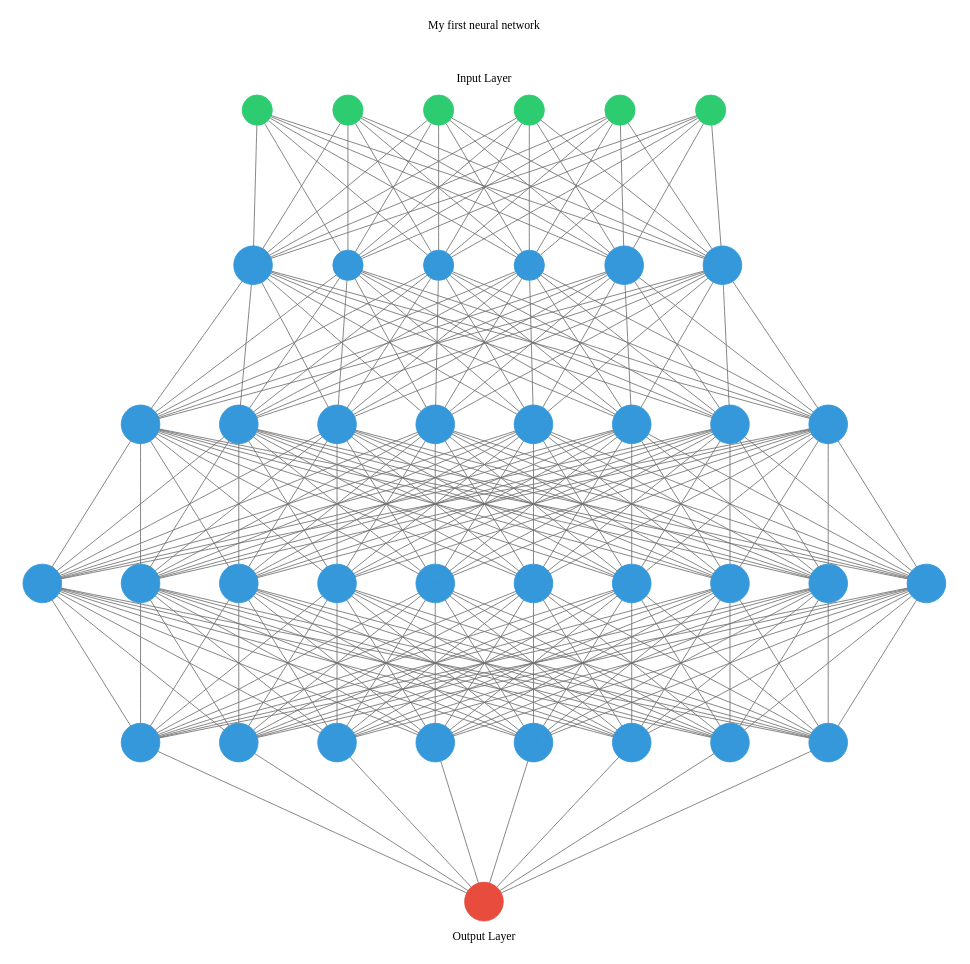
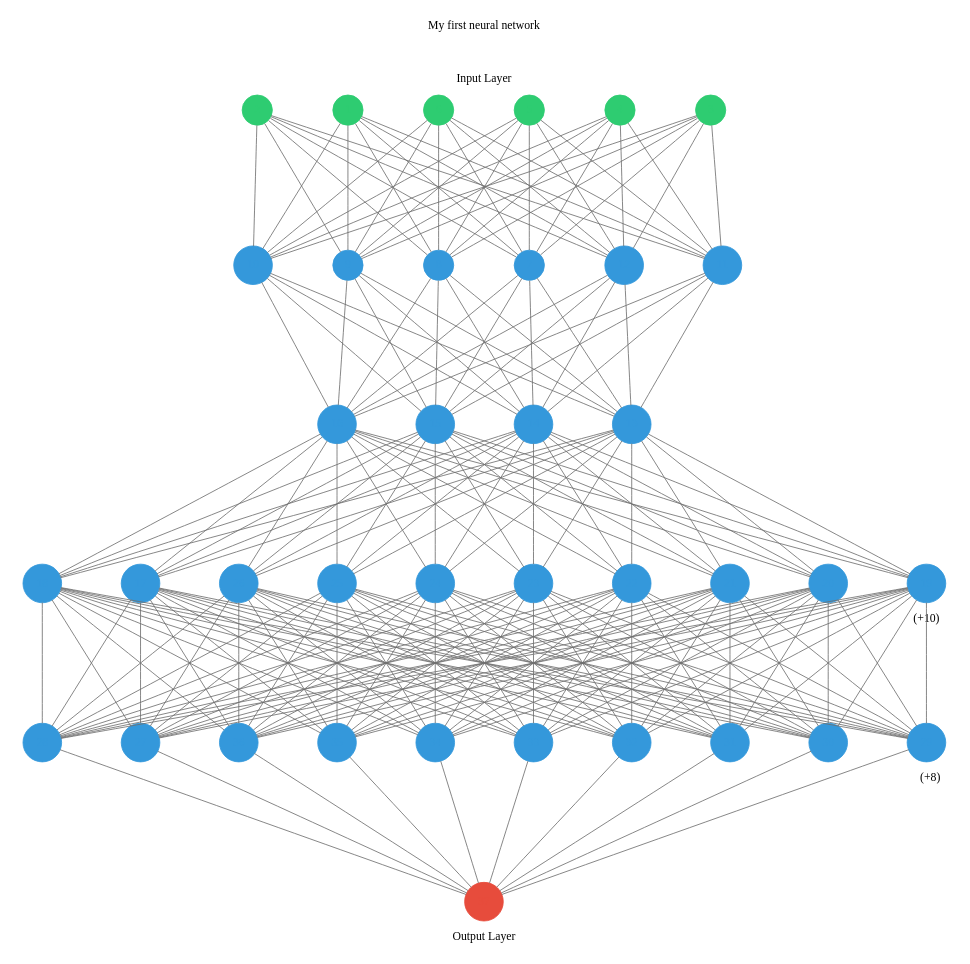
Before and after one commit to hecker1002/Smoke-Status-project: the diagram in network.gv, drawn with Graphviz. The commit also changed 3 other files, not shown here.

```diff
--- a/network.gv
+++ b/network.gv
@@ -118,30 +118,6 @@
 	10 -> 16
 	11 -> 16
 	12 -> 16
-	7 -> 17
-	8 -> 17
-	9 -> 17
-	10 -> 17
-	11 -> 17
-	12 -> 17
-	7 -> 18
-	8 -> 18
-	9 -> 18
-	10 -> 18
-	11 -> 18
-	12 -> 18
-	7 -> 19
-	8 -> 19
-	9 -> 19
-	10 -> 19
-	11 -> 19
-	12 -> 19
-	7 -> 20
-	8 -> 20
-	9 -> 20
-	10 -> 20
-	11 -> 20
-	12 -> 20
 	subgraph cluster_2 {
 		color=white
 		rank=same
@@ -150,213 +126,193 @@
 		14 [color="#3498db" fontcolor="#3498db" shape=circle style=filled]
 		15 [color="#3498db" fontcolor="#3498db" shape=circle style=filled]
 		16 [color="#3498db" fontcolor="#3498db" shape=circle style=filled]
+	}
+	13 -> 17
+	14 -> 17
+	15 -> 17
+	16 -> 17
+	13 -> 18
+	14 -> 18
+	15 -> 18
+	16 -> 18
+	13 -> 19
+	14 -> 19
+	15 -> 19
+	16 -> 19
+	13 -> 20
+	14 -> 20
+	15 -> 20
+	16 -> 20
+	13 -> 21
+	14 -> 21
+	15 -> 21
+	16 -> 21
+	13 -> 22
+	14 -> 22
+	15 -> 22
+	16 -> 22
+	13 -> 23
+	14 -> 23
+	15 -> 23
+	16 -> 23
+	13 -> 24
+	14 -> 24
+	15 -> 24
+	16 -> 24
+	13 -> 25
+	14 -> 25
+	15 -> 25
+	16 -> 25
+	13 -> 26
+	14 -> 26
+	15 -> 26
+	16 -> 26
+	subgraph cluster_3 {
+		color=white
+		rank=same
+		label=" (+10)" labeljust=right labelloc=b
 		17 [color="#3498db" fontcolor="#3498db" shape=circle style=filled]
 		18 [color="#3498db" fontcolor="#3498db" shape=circle style=filled]
 		19 [color="#3498db" fontcolor="#3498db" shape=circle style=filled]
 		20 [color="#3498db" fontcolor="#3498db" shape=circle style=filled]
-	}
-	13 -> 21
-	14 -> 21
-	15 -> 21
-	16 -> 21
-	17 -> 21
-	18 -> 21
-	19 -> 21
-	20 -> 21
-	13 -> 22
-	14 -> 22
-	15 -> 22
-	16 -> 22
-	17 -> 22
-	18 -> 22
-	19 -> 22
-	20 -> 22
-	13 -> 23
-	14 -> 23
-	15 -> 23
-	16 -> 23
-	17 -> 23
-	18 -> 23
-	19 -> 23
-	20 -> 23
-	13 -> 24
-	14 -> 24
-	15 -> 24
-	16 -> 24
-	17 -> 24
-	18 -> 24
-	19 -> 24
-	20 -> 24
-	13 -> 25
-	14 -> 25
-	15 -> 25
-	16 -> 25
-	17 -> 25
-	18 -> 25
-	19 -> 25
-	20 -> 25
-	13 -> 26
-	14 -> 26
-	15 -> 26
-	16 -> 26
-	17 -> 26
-	18 -> 26
-	19 -> 26
-	20 -> 26
-	13 -> 27
-	14 -> 27
-	15 -> 27
-	16 -> 27
-	17 -> 27
-	18 -> 27
-	19 -> 27
-	20 -> 27
-	13 -> 28
-	14 -> 28
-	15 -> 28
-	16 -> 28
-	17 -> 28
-	18 -> 28
-	19 -> 28
-	20 -> 28
-	13 -> 29
-	14 -> 29
-	15 -> 29
-	16 -> 29
-	17 -> 29
-	18 -> 29
-	19 -> 29
-	20 -> 29
-	13 -> 30
-	14 -> 30
-	15 -> 30
-	16 -> 30
-	17 -> 30
-	18 -> 30
-	19 -> 30
-	20 -> 30
-	subgraph cluster_3 {
-		color=white
-		rank=same
-		label="" labeljust=right labelloc=b
 		21 [color="#3498db" fontcolor="#3498db" shape=circle style=filled]
 		22 [color="#3498db" fontcolor="#3498db" shape=circle style=filled]
 		23 [color="#3498db" fontcolor="#3498db" shape=circle style=filled]
 		24 [color="#3498db" fontcolor="#3498db" shape=circle style=filled]
 		25 [color="#3498db" fontcolor="#3498db" shape=circle style=filled]
 		26 [color="#3498db" fontcolor="#3498db" shape=circle style=filled]
-		27 [color="#3498db" fontcolor="#3498db" shape=circle style=filled]
-		28 [color="#3498db" fontcolor="#3498db" shape=circle style=filled]
-		29 [color="#3498db" fontcolor="#3498db" shape=circle style=filled]
-		30 [color="#3498db" fontcolor="#3498db" shape=circle style=filled]
 	}
+	17 -> 27
+	18 -> 27
+	19 -> 27
+	20 -> 27
+	21 -> 27
+	22 -> 27
+	23 -> 27
+	24 -> 27
+	25 -> 27
+	26 -> 27
+	17 -> 28
+	18 -> 28
+	19 -> 28
+	20 -> 28
+	21 -> 28
+	22 -> 28
+	23 -> 28
+	24 -> 28
+	25 -> 28
+	26 -> 28
+	17 -> 29
+	18 -> 29
+	19 -> 29
+	20 -> 29
+	21 -> 29
+	22 -> 29
+	23 -> 29
+	24 -> 29
+	25 -> 29
+	26 -> 29
+	17 -> 30
+	18 -> 30
+	19 -> 30
+	20 -> 30
+	21 -> 30
+	22 -> 30
+	23 -> 30
+	24 -> 30
+	25 -> 30
+	26 -> 30
+	17 -> 31
+	18 -> 31
+	19 -> 31
+	20 -> 31
 	21 -> 31
 	22 -> 31
 	23 -> 31
 	24 -> 31
 	25 -> 31
 	26 -> 31
-	27 -> 31
-	28 -> 31
-	29 -> 31
-	30 -> 31
+	17 -> 32
+	18 -> 32
+	19 -> 32
+	20 -> 32
 	21 -> 32
 	22 -> 32
 	23 -> 32
 	24 -> 32
 	25 -> 32
 	26 -> 32
-	27 -> 32
-	28 -> 32
-	29 -> 32
-	30 -> 32
+	17 -> 33
+	18 -> 33
+	19 -> 33
+	20 -> 33
 	21 -> 33
 	22 -> 33
 	23 -> 33
 	24 -> 33
 	25 -> 33
 	26 -> 33
-	27 -> 33
-	28 -> 33
-	29 -> 33
-	30 -> 33
+	17 -> 34
+	18 -> 34
+	19 -> 34
+	20 -> 34
 	21 -> 34
 	22 -> 34
 	23 -> 34
 	24 -> 34
 	25 -> 34
 	26 -> 34
-	27 -> 34
-	28 -> 34
-	29 -> 34
-	30 -> 34
+	17 -> 35
+	18 -> 35
+	19 -> 35
+	20 -> 35
 	21 -> 35
 	22 -> 35
 	23 -> 35
 	24 -> 35
 	25 -> 35
 	26 -> 35
-	27 -> 35
-	28 -> 35
-	29 -> 35
-	30 -> 35
+	17 -> 36
+	18 -> 36
+	19 -> 36
+	20 -> 36
 	21 -> 36
 	22 -> 36
 	23 -> 36
 	24 -> 36
 	25 -> 36
 	26 -> 36
-	27 -> 36
-	28 -> 36
-	29 -> 36
-	30 -> 36
-	21 -> 37
-	22 -> 37
-	23 -> 37
-	24 -> 37
-	25 -> 37
-	26 -> 37
-	27 -> 37
-	28 -> 37
-	29 -> 37
-	30 -> 37
-	21 -> 38
-	22 -> 38
-	23 -> 38
-	24 -> 38
-	25 -> 38
-	26 -> 38
-	27 -> 38
-	28 -> 38
-	29 -> 38
-	30 -> 38
 	subgraph cluster_4 {
 		color=white
 		rank=same
-		label="" labeljust=right labelloc=b
+		label=" (+8)" labeljust=right labelloc=b
+		27 [color="#3498db" fontcolor="#3498db" shape=circle style=filled]
+		28 [color="#3498db" fontcolor="#3498db" shape=circle style=filled]
+		29 [color="#3498db" fontcolor="#3498db" shape=circle style=filled]
+		30 [color="#3498db" fontcolor="#3498db" shape=circle style=filled]
 		31 [color="#3498db" fontcolor="#3498db" shape=circle style=filled]
 		32 [color="#3498db" fontcolor="#3498db" shape=circle style=filled]
 		33 [color="#3498db" fontcolor="#3498db" shape=circle style=filled]
 		34 [color="#3498db" fontcolor="#3498db" shape=circle style=filled]
 		35 [color="#3498db" fontcolor="#3498db" shape=circle style=filled]
 		36 [color="#3498db" fontcolor="#3498db" shape=circle style=filled]
-		37 [color="#3498db" fontcolor="#3498db" shape=circle style=filled]
-		38 [color="#3498db" fontcolor="#3498db" shape=circle style=filled]
 	}
-	31 -> 39
-	32 -> 39
-	33 -> 39
-	34 -> 39
-	35 -> 39
-	36 -> 39
-	37 -> 39
-	38 -> 39
+	27 -> 37
+	28 -> 37
+	29 -> 37
+	30 -> 37
+	31 -> 37
+	32 -> 37
+	33 -> 37
+	34 -> 37
+	35 -> 37
+	36 -> 37
 	subgraph cluster_output {
 		node [color="#2ecc71" fontcolor="#2ecc71" shape=circle style=filled]
 		color=white
 		rank=same
 		labeljust=1
-		39 [color="#e74c3c" fontcolor="#e74c3c" shape=circle style=filled]
+		37 [color="#e74c3c" fontcolor="#e74c3c" shape=circle style=filled]
 		label="Output Layer" labelloc=bottom
 	}
 	arrowShape=none
```
